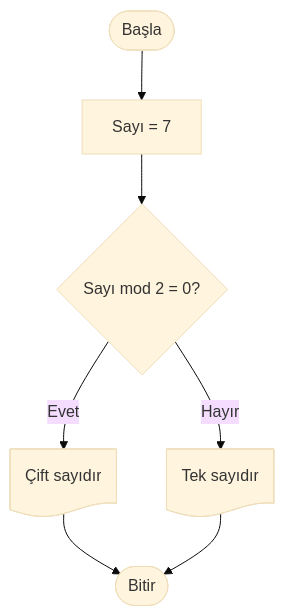
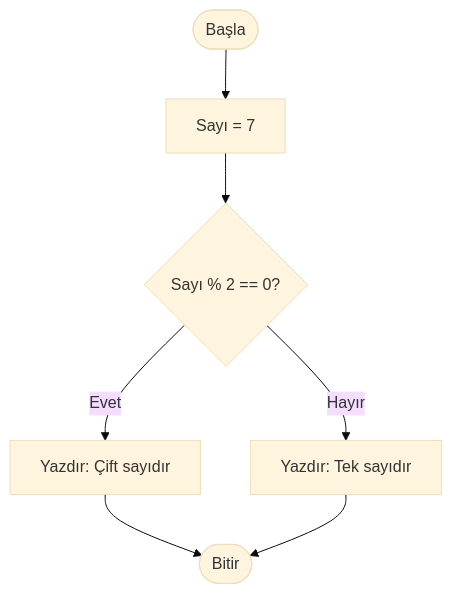
One commit to abdullatifkaban/Algorithm changed the fifth of 6 diagrams in Topics/01-What-Is-Algorithm.md. Above: the diagram before and after it, drawn with Mermaid (base theme). The commit also changed other lines of this file, not shown here.

````diff
--- a/Topics/01-What-Is-Algorithm.md
+++ b/Topics/01-What-Is-Algorithm.md
@@ -185,9 +188,9 @@
 ```mermaid
 flowchart TD
     A([Başla]) --> B[Sayı = 7]
-    B --> C{Sayı mod 2 = 0?}
-    C -->|Evet| D@{ shape: doc, label: "Çift sayıdır" }
-    C -->|Hayır| E@{ shape: doc, label: "Tek sayıdır" }
+    B --> C{Sayı % 2 == 0?}
+    C -->|Evet| D[Yazdır: Çift sayıdır]
+    C -->|Hayır| E[Yazdır: Tek sayıdır]
     D --> F([Bitir])
     E --> F
 ```
````
